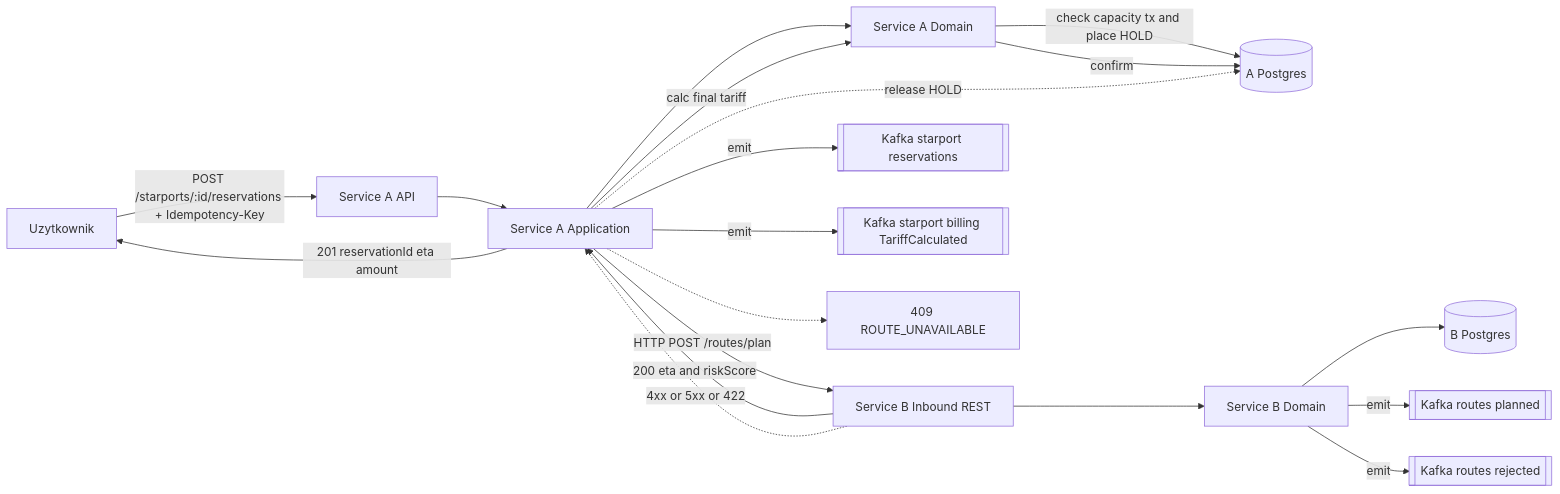
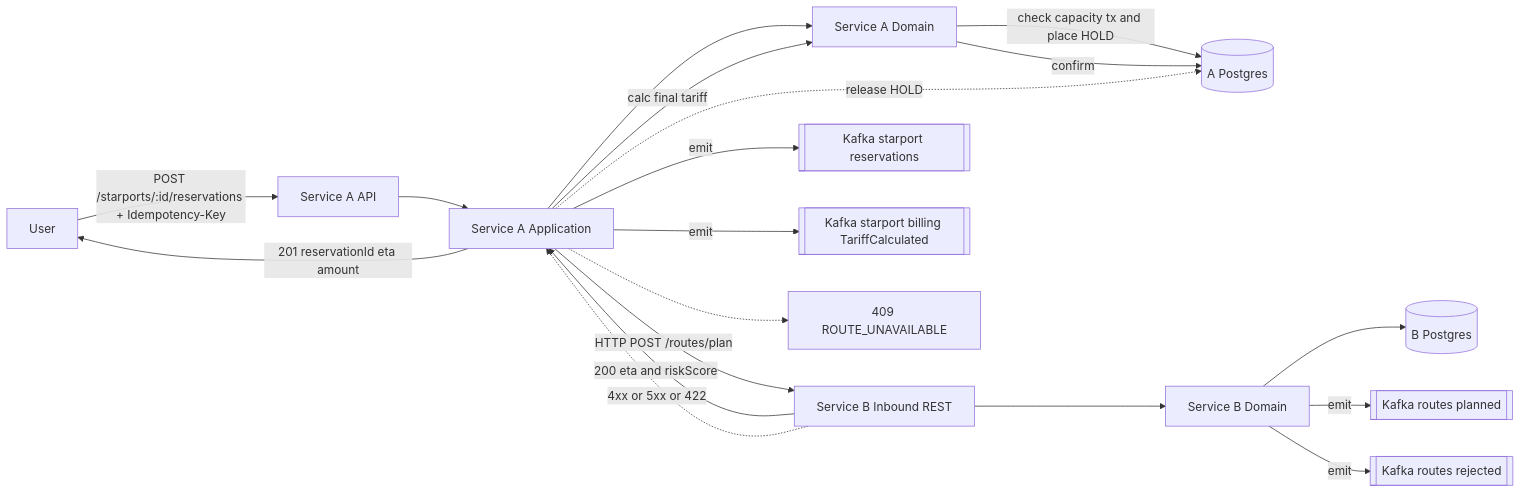
Before and after one commit to stepniewskirafal/MicroservicesFleet: the first of 3 diagrams in README_2.md, drawn with Mermaid. The commit also changed other lines of this file and 115 other files, not shown here.

````diff
--- a/README_2.md
+++ b/README_2.md
@@ -21,23 +21,23 @@
 ```mermaid
 flowchart LR
-    U[Uzytkownik] -->|POST /starports/:id/reservations + Idempotency-Key| A_API[Service A API]
+    U[User] -->|POST /starports/:id/reservations + Idempotency-Key| A_API[Service A API]
     A_API --> A_APP[Service A Application]
     A_APP --> A_DOM[Service A Domain]
     A_DOM -->|check capacity tx and place HOLD| A_DB[(A Postgres)]
     A_APP -->|HTTP POST /routes/plan| B_API[Service B Inbound REST]
     B_API --> B_CORE[Service B Domain]
     B_CORE --> B_DB[(B Postgres)]
     B_CORE -->|emit| B_EVT_OK[[Kafka routes planned]]
     B_CORE -->|emit| B_EVT_NOK[[Kafka routes rejected]]
     B_API -->|200 eta and riskScore| A_APP
     A_APP -->|calc final tariff| A_DOM
     A_DOM -->|confirm| A_DB
     A_APP -->|emit| A_EVT1[[Kafka starport reservations]]
     A_APP -->|emit| A_EVT2[[Kafka starport billing TariffCalculated]]
     A_APP -->|201 reservationId eta amount| U
 
     %% Error branch
     B_API -. "4xx or 5xx or 422" .-> A_APP
     A_APP -. "release HOLD" .-> A_DB
     A_APP -.-> U_ERR[409 ROUTE_UNAVAILABLE]
 ```
````
